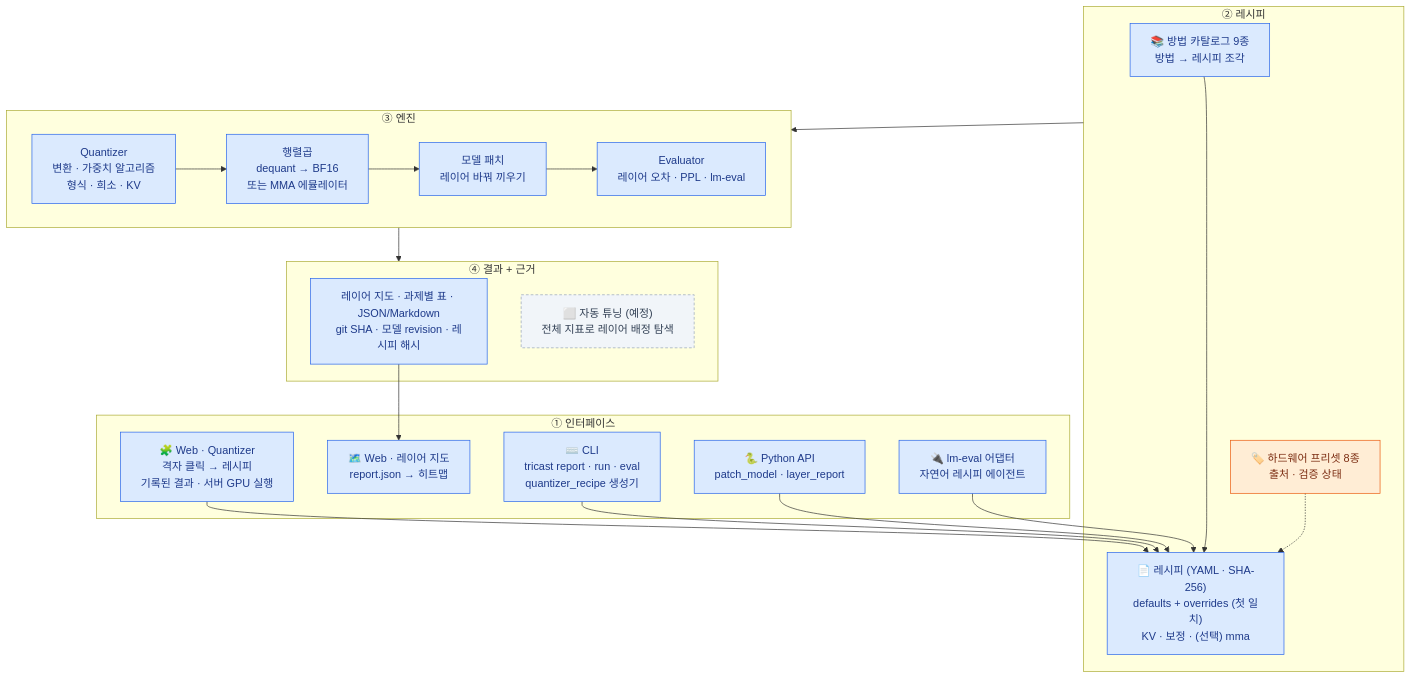
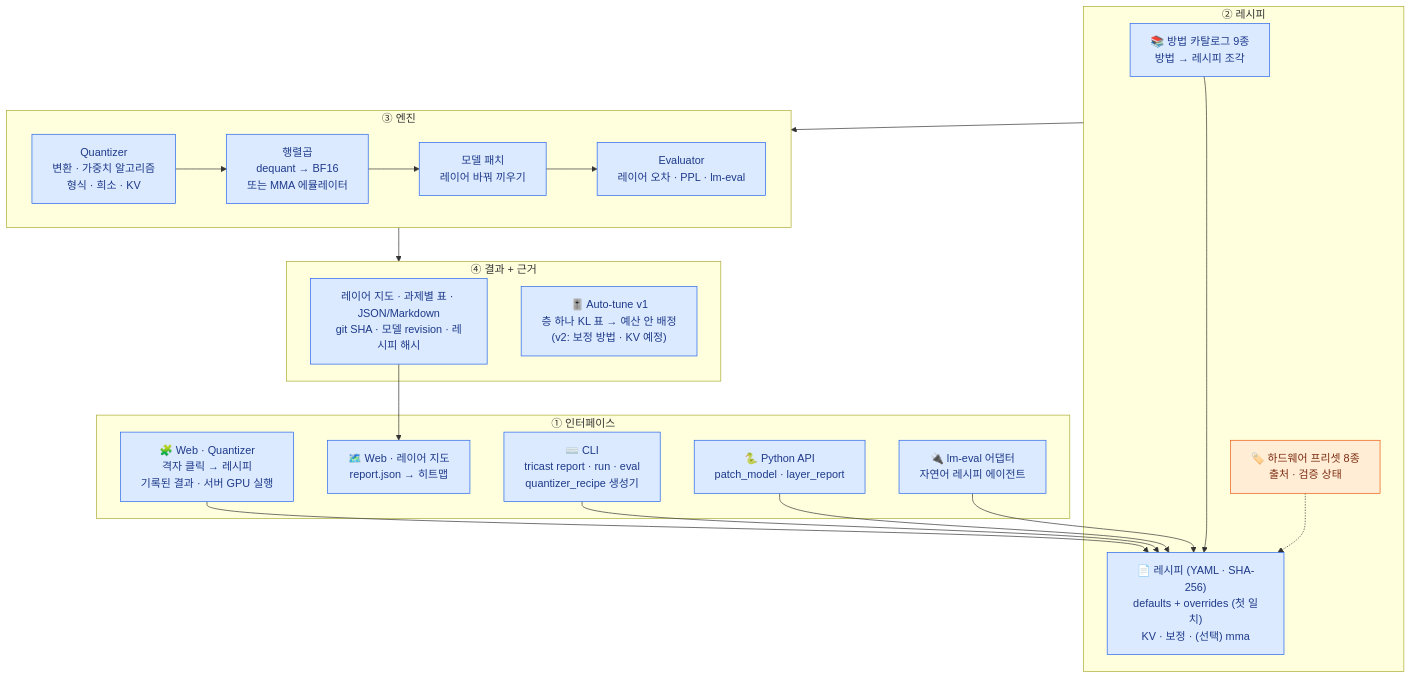
The first of 6 diagrams in docs/SPEC.md (Youngmin17/TriCast), drawn with Mermaid before and after one commit. The commit also changed other lines of this file and 5 other files, not shown here.

First line of the commit message:
docs: record auto-tune v1 spike results

````diff
--- a/docs/SPEC.md
+++ b/docs/SPEC.md
@@ -68,35 +70,35 @@
 ```mermaid
 flowchart TB
     subgraph L1["① 인터페이스"]
       Q["🧩 Web · Quantizer<br/>격자 클릭 → 레시피<br/>기록된 결과 · 서버 GPU 실행"]
       LM["🗺️ Web · 레이어 지도<br/>report.json → 히트맵"]
       C["⌨️ CLI<br/>tricast report · run · eval<br/>quantizer_recipe 생성기"]
       P["🐍 Python API<br/>patch_model · layer_report"]
       I["🔌 lm-eval 어댑터<br/>자연어 레시피 에이전트"]
     end
     subgraph L2["② 레시피"]
       MC["📚 방법 카탈로그 9종<br/>방법 → 레시피 조각"]
       R["📄 레시피 (YAML · SHA-256)<br/>defaults + overrides (첫 일치)<br/>KV · 보정 · (선택) mma"]
       H["🏷️ 하드웨어 프리셋 8종<br/>출처 · 검증 상태"]
     end
     subgraph L3["③ 엔진"]
       direction LR
       QZ["Quantizer<br/>변환 · 가중치 알고리즘<br/>형식 · 희소 · KV"] --> MM["행렬곱<br/>dequant → BF16<br/>또는 MMA 에뮬레이터"] --> MP["모델 패치<br/>레이어 바꿔 끼우기"] --> E["Evaluator<br/>레이어 오차 · PPL · lm-eval"]
     end
     subgraph L4["④ 결과 + 근거"]
       O["레이어 지도 · 과제별 표 · JSON/Markdown<br/>git SHA · 모델 revision · 레시피 해시"]
-      AT["⬜ 자동 튜닝 (예정)<br/>전체 지표로 레이어 배정 탐색"]
+      AT["🎚️ Auto-tune v1<br/>층 하나 KL 표 → 예산 안 배정<br/>(v2: 보정 방법 · KV 예정)"]
     end
     Q & C & P & I --> R
     MC --> R
     H -.-> R
     L2 --> L3 --> L4
     O --> LM
     classDef ok fill:#dcfce7,stroke:#16a34a,color:#14532d
     classDef impl fill:#dbeafe,stroke:#2563eb,color:#1e3a8a
     classDef part fill:#ffedd5,stroke:#ea580c,color:#7c2d12
     classDef plan fill:#f1f5f9,stroke:#94a3b8,color:#334155,stroke-dasharray: 4 3
     class Q,LM,C,P,I,MC,R,QZ,MM,MP,E,O impl
     class H part
-    class AT plan
+    class AT impl
 ```
````
